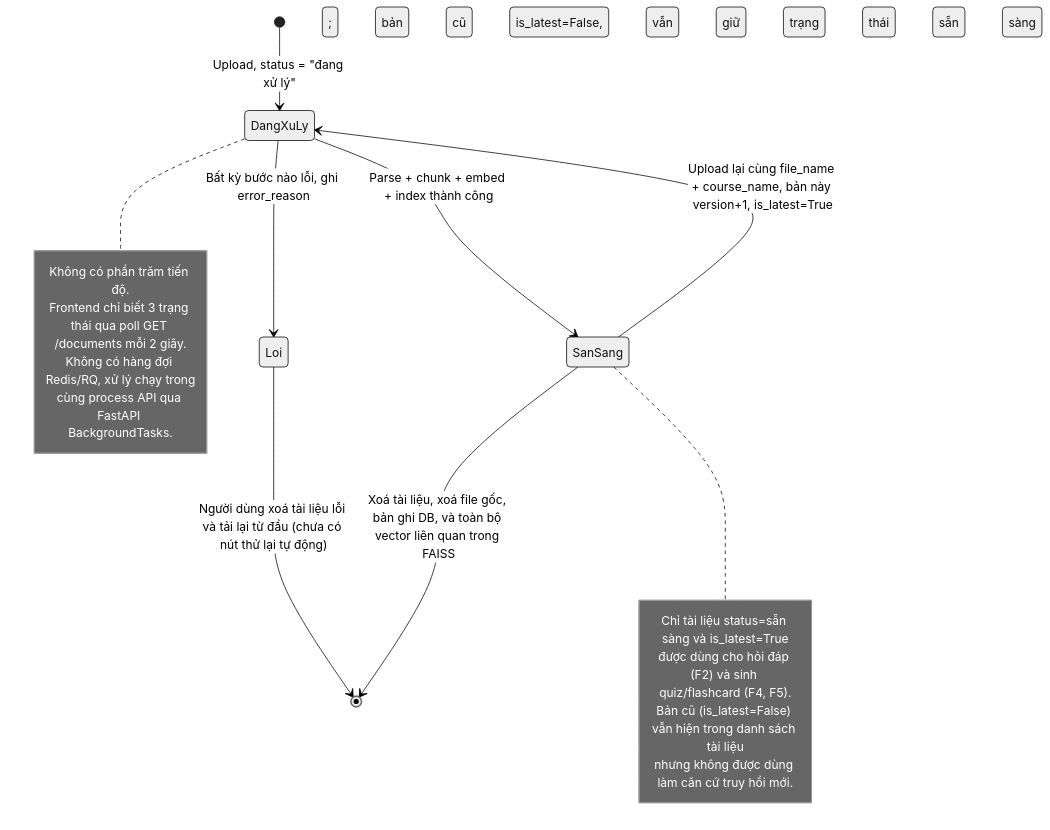
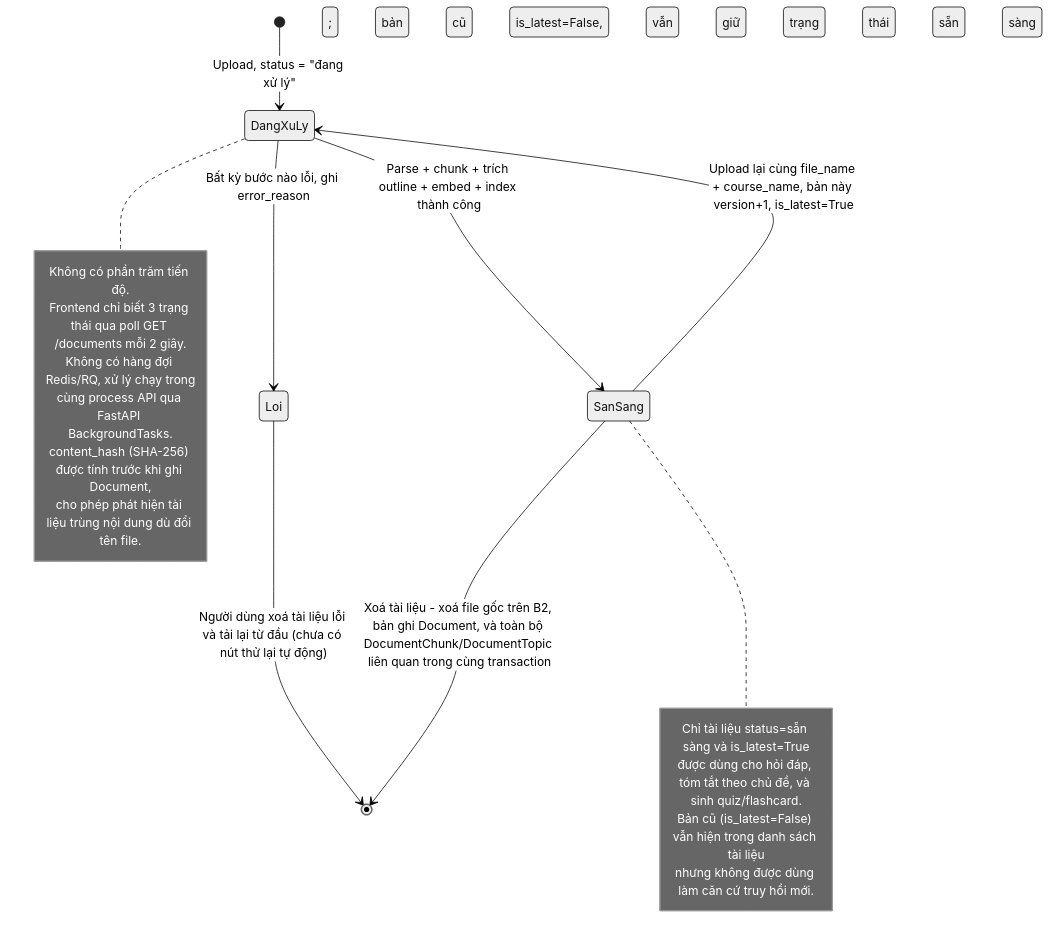
Before and after one commit to Thaihoangbach/LearningAssistant: diagram 11 of 12 in docs/architecture-diagrams.md, drawn with Mermaid (neutral theme). The commit also changed other lines of this file and 25 other files, not shown here.

````diff
--- a/docs/architecture-diagrams.md
+++ b/docs/architecture-diagrams.md
@@ -695,27 +904,29 @@
 ```mermaid
 stateDiagram-v2
     [*] --> DangXuLy: Upload, status = "đang xử lý"
 
-    DangXuLy --> SanSang: Parse + chunk + embed + index thành công
+    DangXuLy --> SanSang: Parse + chunk + trích outline + embed + index thành công
     DangXuLy --> Loi: Bất kỳ bước nào lỗi, ghi error_reason
 
     Loi --> [*]: Người dùng xoá tài liệu lỗi và tải lại từ đầu (chưa có nút thử lại tự động)
 
     SanSang --> DangXuLy: Upload lại cùng file_name + course_name, bản này version+1, is_latest=True; bản cũ is_latest=False, vẫn giữ trạng thái sẵn sàng
 
-    SanSang --> [*]: Xoá tài liệu, xoá file gốc, bản ghi DB, và toàn bộ vector liên quan trong FAISS
+    SanSang --> [*]: Xoá tài liệu - xoá file gốc trên B2, bản ghi Document, và toàn bộ DocumentChunk/DocumentTopic liên quan trong cùng transaction
 
     note right of SanSang
         Chỉ tài liệu status=sẵn sàng và is_latest=True
-        được dùng cho hỏi đáp (F2) và sinh quiz/flashcard (F4, F5).
+        được dùng cho hỏi đáp, tóm tắt theo chủ đề, và sinh quiz/flashcard.
         Bản cũ (is_latest=False) vẫn hiện trong danh sách tài liệu
         nhưng không được dùng làm căn cứ truy hồi mới.
     end note
 
     note right of DangXuLy
         Không có phần trăm tiến độ.
         Frontend chỉ biết 3 trạng thái qua poll GET /documents mỗi 2 giây.
         Không có hàng đợi Redis/RQ, xử lý chạy trong
         cùng process API qua FastAPI BackgroundTasks.
+        content_hash (SHA-256) được tính trước khi ghi Document,
+        cho phép phát hiện tài liệu trùng nội dung dù đổi tên file.
     end note
 ```
````
